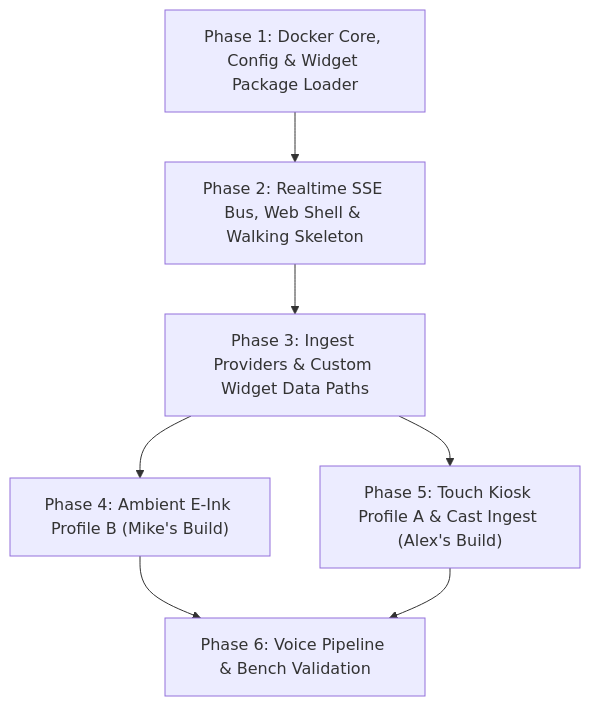
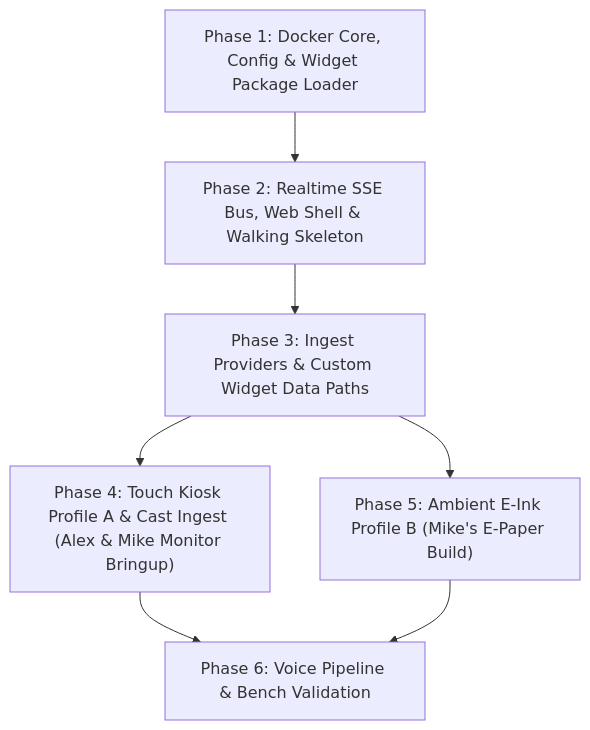
Before and after one commit to azylman/mirrormere: the diagram in docs/plans/2026-09-25-mirrormere-implementation-plan.md, drawn with Mermaid. The commit also changed other lines of this file and 1 other file, not shown here.

Commit message:
docs(specs): swap Phase 4 and 5 to prioritize monitor profile ahead of e-ink

````diff
--- a/docs/plans/2026-09-25-mirrormere-implementation-plan.md
+++ b/docs/plans/2026-09-25-mirrormere-implementation-plan.md
@@ -29,9 +29,9 @@
 ```mermaid
 flowchart TD
     P1["Phase 1: Docker Core, Config & Widget Package Loader"] --> P2["Phase 2: Realtime SSE Bus, Web Shell & Walking Skeleton"]
     P2 --> P3["Phase 3: Ingest Providers & Custom Widget Data Paths"]
-    P3 --> P4["Phase 4: Ambient E-Ink Profile B (Mike's Build)"]
-    P3 --> P5["Phase 5: Touch Kiosk Profile A & Cast Ingest (Alex's Build)"]
+    P3 --> P4["Phase 4: Touch Kiosk Profile A & Cast Ingest (Alex & Mike Monitor Bringup)"]
+    P3 --> P5["Phase 5: Ambient E-Ink Profile B (Mike's E-Paper Build)"]
     P4 --> P6["Phase 6: Voice Pipeline & Bench Validation"]
     P5 --> P6
 ```
````
